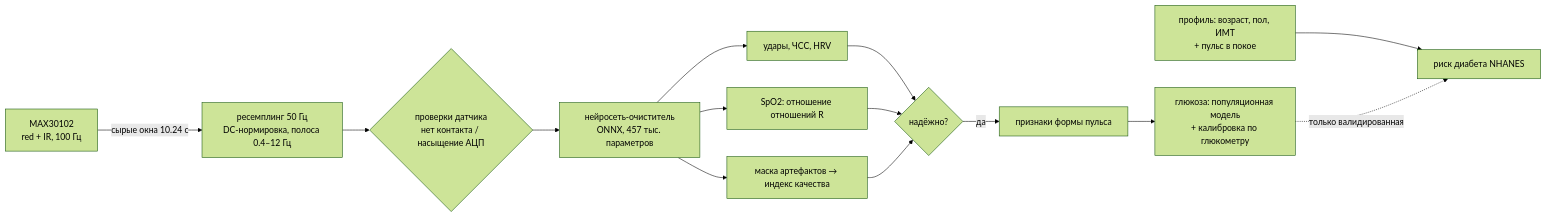
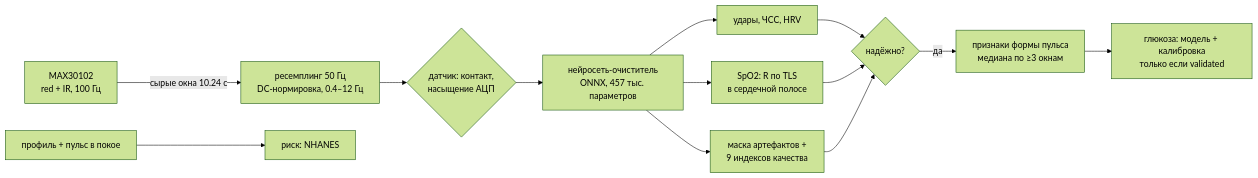
One commit to murzakhmetov/suguard changed the diagram in ml/README.md. Above: the diagram before and after it, drawn with Mermaid (forest theme). The commit also changed other lines of this file and 3 other files, not shown here.

````diff
--- a/ml/README.md
+++ b/ml/README.md
@@ -26,14 +88,13 @@
 ```mermaid
 flowchart LR
-  A[MAX30102<br/>red + IR, 100 Гц] -->|сырые окна 10.24 с| B[ресемплинг 50 Гц<br/>DC-нормировка, полоса 0.4–12 Гц]
-  B --> C{проверки датчика<br/>нет контакта / насыщение АЦП}
+  A[MAX30102<br/>red + IR, 100 Гц] -->|сырые окна 10.24 с| B[ресемплинг 50 Гц<br/>DC-нормировка, 0.4–12 Гц]
+  B --> C{датчик: контакт,<br/>насыщение АЦП}
   C --> D[нейросеть-очиститель<br/>ONNX, 457 тыс. параметров]
   D --> E[удары, ЧСС, HRV]
-  D --> F[SpO2: отношение отношений R]
-  D --> G[маска артефактов → индекс качества]
+  D --> F[SpO2: R по TLS<br/>в сердечной полосе]
+  D --> G[маска артефактов +<br/>9 индексов качества]
   E & F & G --> H{надёжно?}
-  H -->|да| I[признаки формы пульса]
-  I --> J[глюкоза: популяционная модель<br/>+ калибровка по глюкометру]
-  K[профиль: возраст, пол, ИМТ<br/>+ пульс в покое] --> L[риск диабета NHANES]
-  J -.->|только валидированная| L
+  H -->|да| I[признаки формы пульса<br/>медиана по ≥3 окнам]
+  I --> J[глюкоза: модель + калибровка<br/>только если validated]
+  K[профиль + пульс в покое] --> L[риск: NHANES]
 ```
````
